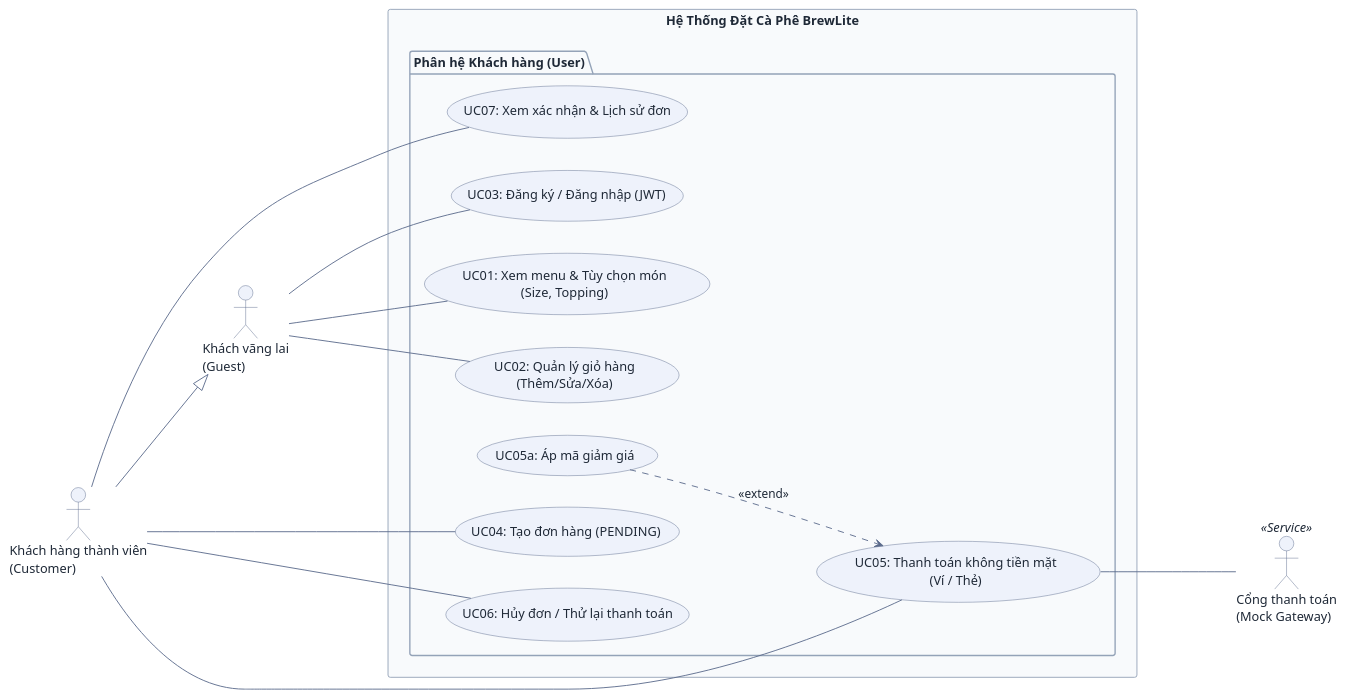
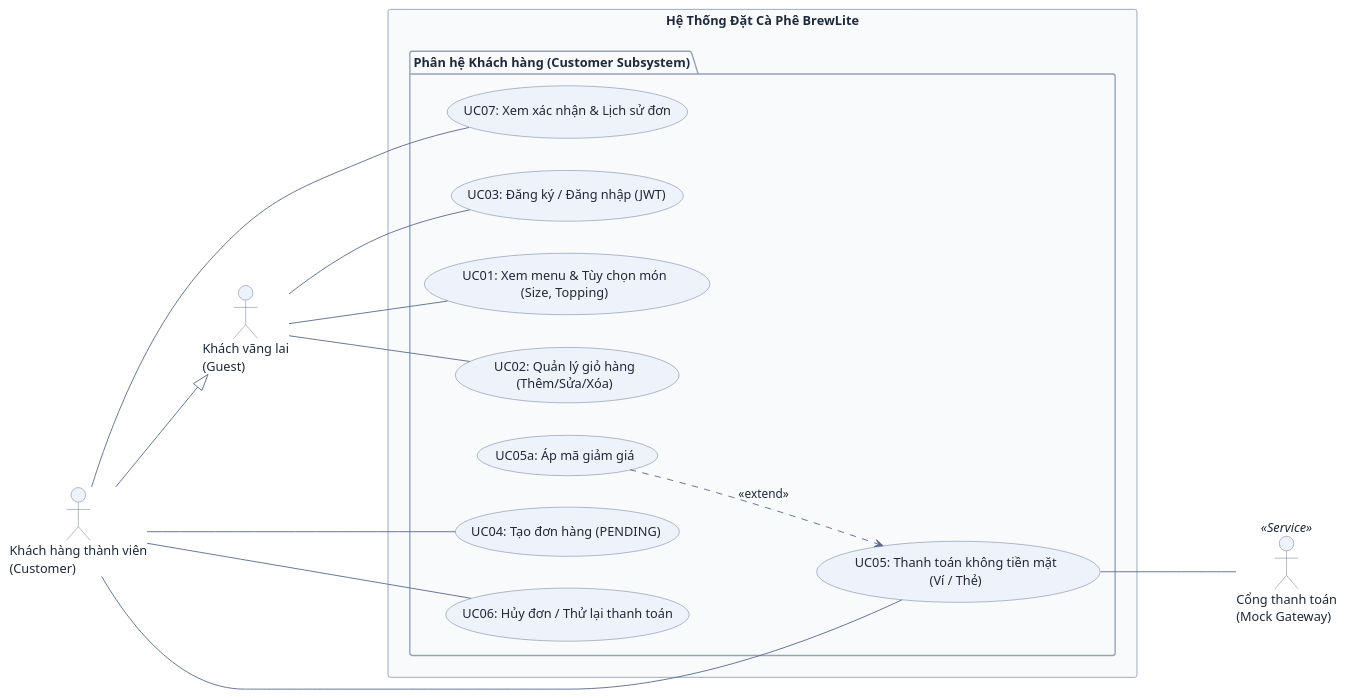
One commit to DuVinhLoi/BrewLite changed the diagram in docs/use-case-specifications.md. Above: the diagram before and after it, drawn with PlantUML. The commit also changed other lines of this file and 6 other files, not shown here.

First line of the commit message:
docs: doi chieu de goc PDF, dong bo use case (root) voi sequence

````diff
--- a/docs/use-case-specifications.md
+++ b/docs/use-case-specifications.md
@@ -137,57 +30,67 @@
 ```plantuml
 @startuml
 skinparam DefaultFontColor #1f2937
 skinparam ArrowColor #5b6b8c
 skinparam ArrowFontColor #1f2937
 skinparam PackageBackgroundColor #f8fafc
 skinparam PackageBorderColor #94a3b8
 skinparam ActorBackgroundColor #eef2fb
 skinparam ActorBorderColor #5b6b8c
 skinparam UsecaseBackgroundColor #eef2fb
 skinparam UsecaseBorderColor #5b6b8c
 
 left to right direction
 
-' --- TÁC NHÂN CHÍNH ---
+' ==========================================
+' 1. TÁC NHÂN CHÍNH (PRIMARY ACTORS - BÊN TRÁI)
+' ==========================================
 actor "Khách vãng lai\n(Guest)" as Guest
 actor "Khách hàng thành viên\n(Customer)" as Customer
 
 ' Customer kế thừa toàn bộ quyền của Guest
 Customer --|> Guest
 
-' --- KHUNG HỆ THỐNG ---
+' ==========================================
+' 2. BIÊN GIỚI HỆ THỐNG BREWLITE
+' ==========================================
 rectangle "Hệ Thống Đặt Cà Phê BrewLite" {
-  package "Phân hệ Khách hàng (User)" {
+  package "Phân hệ Khách hàng (Customer Subsystem)" {
     usecase "UC01: Xem menu & Tùy chọn món\n(Size, Topping)" as UC01
     usecase "UC02: Quản lý giỏ hàng\n(Thêm/Sửa/Xóa)" as UC02
     usecase "UC03: Đăng ký / Đăng nhập (JWT)" as UC03
     usecase "UC04: Tạo đơn hàng (PENDING)" as UC04
     usecase "UC05: Thanh toán không tiền mặt\n(Ví / Thẻ)" as UC05
     usecase "UC05a: Áp mã giảm giá" as UC05a
     usecase "UC06: Hủy đơn / Thử lại thanh toán" as UC06
     usecase "UC07: Xem xác nhận & Lịch sử đơn" as UC07
   }
 }
 
-' --- TÁC NHÂN PHỤ (BÊN PHẢI) ---
+' ==========================================
+' 3. TÁC NHÂN DỊCH VỤ (SECONDARY ACTOR - BÊN PHẢI)
+' ==========================================
 actor "Cổng thanh toán\n(Mock Gateway)" as Gateway <<Service>>
 
-' --- ĐƯỜNG NỐI GUEST ---
+' ==========================================
+' 4. ĐƯỜNG NỐI LIÊN KẾT (ASSOCIATIONS)
+' ==========================================
+
+' --- KHÁCH VÃNG LAI (GUEST) ---
 Guest --- UC01
 Guest --- UC02
 Guest --- UC03
 
-' --- ĐƯỜNG NỐI CUSTOMER ---
+' --- KHÁCH HÀNG THÀNH VIÊN (CUSTOMER) ---
 Customer --- UC04
 Customer --- UC05
 Customer --- UC06
 Customer --- UC07
 
-' --- QUAN HỆ EXTEND ---
+' --- QUAN HỆ MỞ RỘNG (EXTEND) ---
 UC05a ..> UC05 : <<extend>>
 
-' --- KẾT NỐI CỔNG THANH TOÁN ---
+' --- KẾT NỐI CỔNG THANH TOÁN (GATEWAY) ---
 UC05 --- Gateway
 
 @enduml
 ```
````
